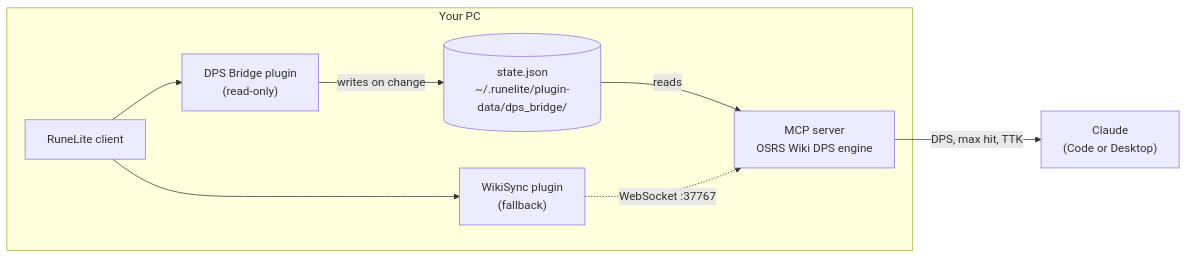
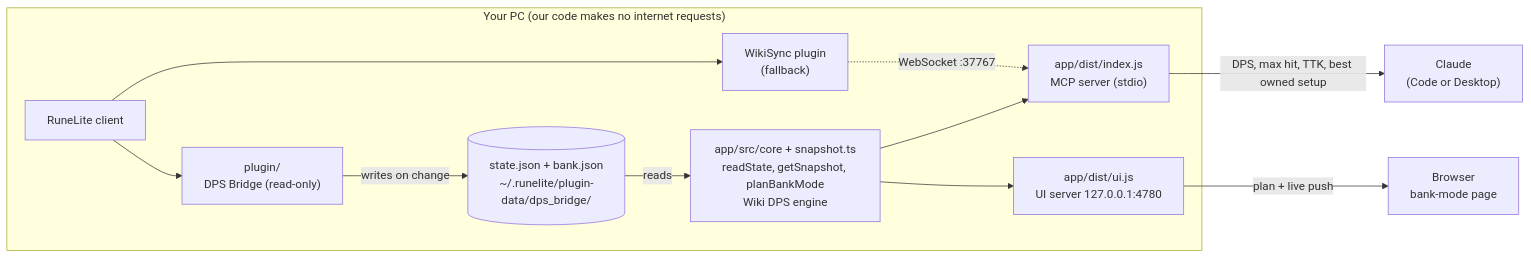
The diagram in README.md (TomsoucAI/osrs-pvm-coach), drawn with Mermaid before and after one commit. The commit also changed other lines of this file and 1 other file, not shown here.

````diff
--- a/README.md
+++ b/README.md
@@ -7,18 +13,24 @@
 ```mermaid
 flowchart LR
-    subgraph PC["Your PC"]
+    subgraph PC["Your PC (our code makes no internet requests)"]
         RL["RuneLite client"]
-        DB["DPS Bridge plugin<br/>(read-only)"]
+        PL["plugin/<br/>DPS Bridge (read-only)"]
+        F[("state.json + bank.json<br/>~/.runelite/plugin-data/dps_bridge/")]
+        CORE["app/src/core + snapshot.ts<br/>readState, getSnapshot, planBankMode<br/>Wiki DPS engine"]
+        MCP["app/dist/index.js<br/>MCP server (stdio)"]
+        UI["app/dist/ui.js<br/>UI server 127.0.0.1:4780"]
         WS["WikiSync plugin<br/>(fallback)"]
-        SJ[("state.json<br/>~/.runelite/plugin-data/dps_bridge/")]
-        MCP["MCP server<br/>OSRS Wiki DPS engine"]
     end
     C["Claude<br/>(Code or Desktop)"]
+    B["Browser<br/>bank-mode page"]
 
-    RL --> DB
-    DB -->|writes on change| SJ
-    SJ -->|reads| MCP
+    RL --> PL
+    PL -->|writes on change| F
+    F -->|reads| CORE
+    CORE --> MCP
+    CORE --> UI
     RL --> WS
     WS -.->|"WebSocket :37767"| MCP
-    MCP -->|"DPS, max hit, TTK"| C
+    MCP -->|"DPS, max hit, TTK, best owned setup"| C
+    UI -->|"plan + live push"| B
 ```
````
